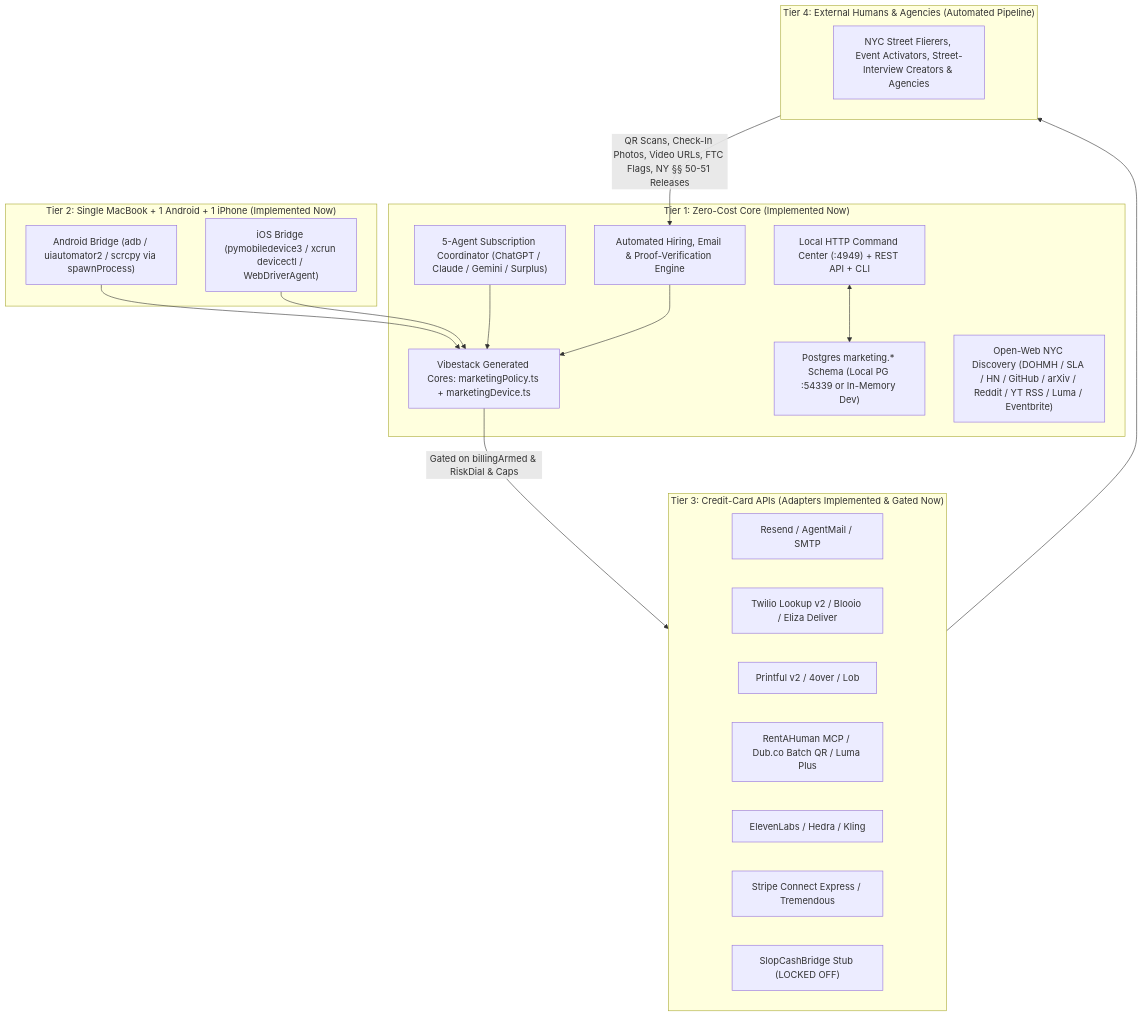
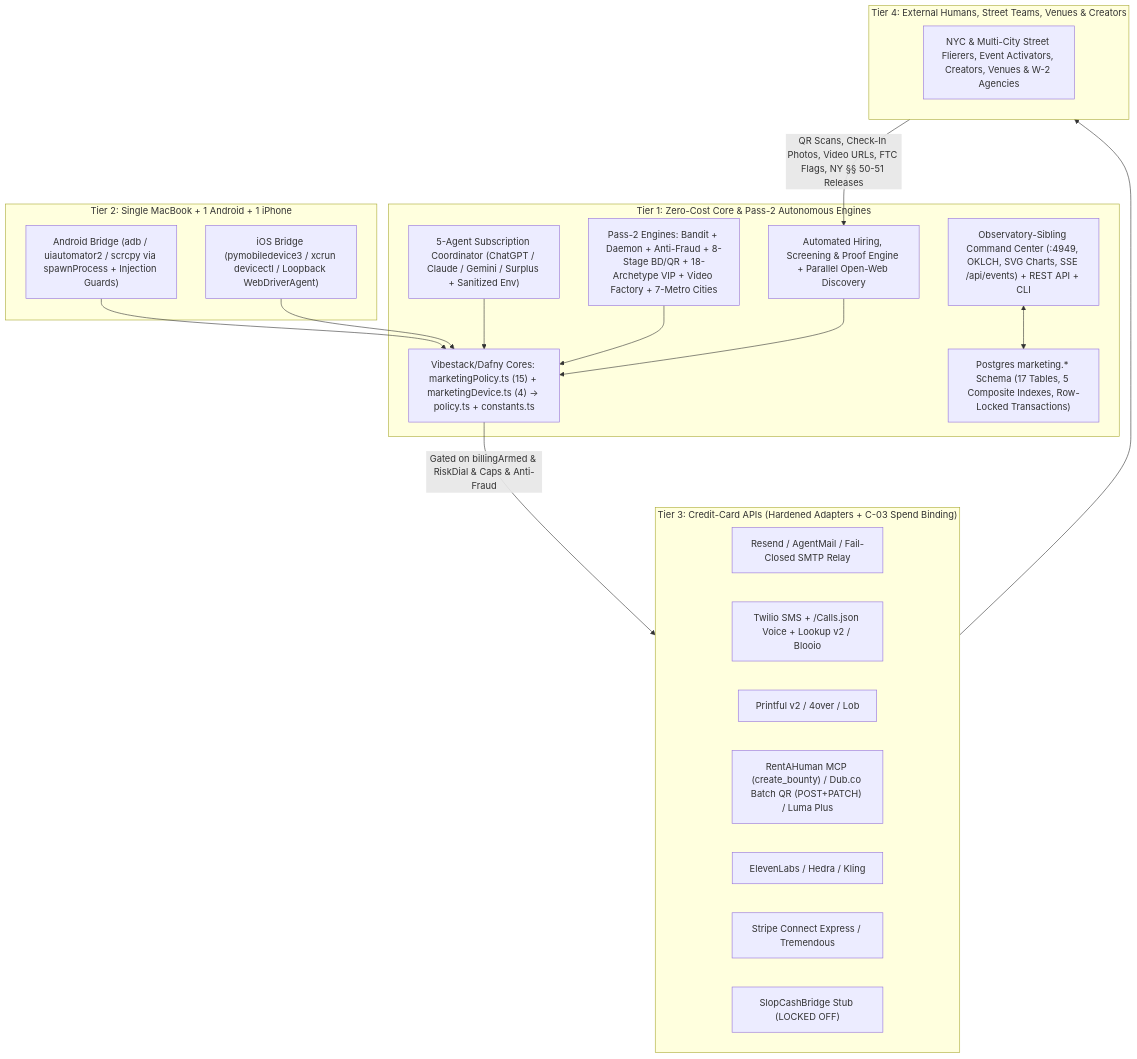
Before and after one commit to eliza-research/thenetwork: the first of 2 diagrams in docs/marketing/PRD.md, drawn with Mermaid. The commit also changed other lines of this file and 42 other files, not shown here.

Commit message:
feat(marketing): Pass 2 deduplication, security/SQL hardening, research engines, and OKLCH Command Center UI

````diff
--- a/docs/marketing/PRD.md
+++ b/docs/marketing/PRD.md
@@ -30,38 +28,37 @@
 ```mermaid
 flowchart TD
-    subgraph T1["Tier 1: Zero-Cost Core (Implemented Now)"]
-        CORE["Vibestack Generated Cores: marketingPolicy.ts + marketingDevice.ts"]
-        PG["Postgres marketing.* Schema (Local PG :54339 or In-Memory Dev)"]
-        AGENTS["5-Agent Subscription Coordinator (ChatGPT / Claude / Gemini / Surplus)"]
-        DISC["Open-Web NYC Discovery (DOHMH / SLA / HN / GitHub / arXiv / Reddit / YT RSS / Luma / Eventbrite)"]
-        HIRE["Automated Hiring, Email & Proof-Verification Engine"]
-        UI["Local HTTP Command Center (:4949) + REST API + CLI"]
+    subgraph T1["Tier 1: Zero-Cost Core & Pass-2 Autonomous Engines"]
+        CORE["Vibestack/Dafny Cores: marketingPolicy.ts (15) + marketingDevice.ts (4) -> policy.ts + constants.ts"]
+        PG["Postgres marketing.* Schema (17 Tables, 5 Composite Indexes, Row-Locked Transactions)"]
+        AGENTS["5-Agent Subscription Coordinator (ChatGPT / Claude / Gemini / Surplus + Sanitized Env)"]
+        ENGINES["Pass-2 Engines: Bandit + Daemon + Anti-Fraud + 8-Stage BD/QR + 18-Archetype VIP + Video Factory + 7-Metro Cities"]
+        HIRE["Automated Hiring, Screening & Proof Engine + Parallel Open-Web Discovery"]
+        UI["Observatory-Sibling Command Center (:4949, OKLCH, SVG Charts, SSE /api/events) + REST API + CLI"]
     end
 
-    subgraph T2["Tier 2: Single MacBook + 1 Android + 1 iPhone (Implemented Now)"]
-        ADB["Android Bridge (adb / uiautomator2 / scrcpy via spawnProcess)"]
-        IOS["iOS Bridge (pymobiledevice3 / xcrun devicectl / WebDriverAgent)"]
+    subgraph T2["Tier 2: Single MacBook + 1 Android + 1 iPhone"]
+        ADB["Android Bridge (adb / uiautomator2 / scrcpy via spawnProcess + Injection Guards)"]
+        IOS["iOS Bridge (pymobiledevice3 / xcrun devicectl / Loopback WebDriverAgent)"]
     end
 
-    subgraph T3["Tier 3: Credit-Card APIs (Adapters Implemented & Gated Now)"]
-        API_EMAIL["Resend / AgentMail / SMTP"]
-        API_COMMS["Twilio Lookup v2 / Blooio / Eliza Deliver"]
+    subgraph T3["Tier 3: Credit-Card APIs (Hardened Adapters + C-03 Spend Binding)"]
+        API_EMAIL["Resend / AgentMail / Fail-Closed SMTP Relay"]
+        API_COMMS["Twilio SMS + /Calls.json Voice + Lookup v2 / Blooio"]
         API_PRINT["Printful v2 / 4over / Lob"]
-        API_GIG["RentAHuman MCP / Dub.co Batch QR / Luma Plus"]
+        API_GIG["RentAHuman MCP (create_bounty) / Dub.co Batch QR (POST+PATCH) / Luma Plus"]
         API_MEDIA["ElevenLabs / Hedra / Kling"]
         API_PAY["Stripe Connect Express / Tremendous"]
         API_SC["SlopCashBridge Stub (LOCKED OFF)"]
     end
 
-    subgraph T4["Tier 4: External Humans & Agencies (Automated Pipeline)"]
-        HUMANS["NYC Street Flierers, Event Activators, Street-Interview Creators & Agencies"]
+    subgraph T4["Tier 4: External Humans, Street Teams, Venues & Creators"]
+        HUMANS["NYC & Multi-City Street Flierers, Event Activators, Creators, Venues & W-2 Agencies"]
     end
 
     UI <--> PG
-    AGENTS --> CORE
-    HIRE --> CORE
+    AGENTS & ENGINES & HIRE --> CORE
     ADB & IOS --> CORE
-    CORE -->|"Gated on billingArmed & RiskDial & Caps"| T3
+    CORE -->|"Gated on billingArmed & RiskDial & Caps & Anti-Fraud"| T3
     T3 --> T4
     T4 -->|"QR Scans, Check-In Photos, Video URLs, FTC Flags, NY §§ 50-51 Releases"| HIRE
 ```
````
